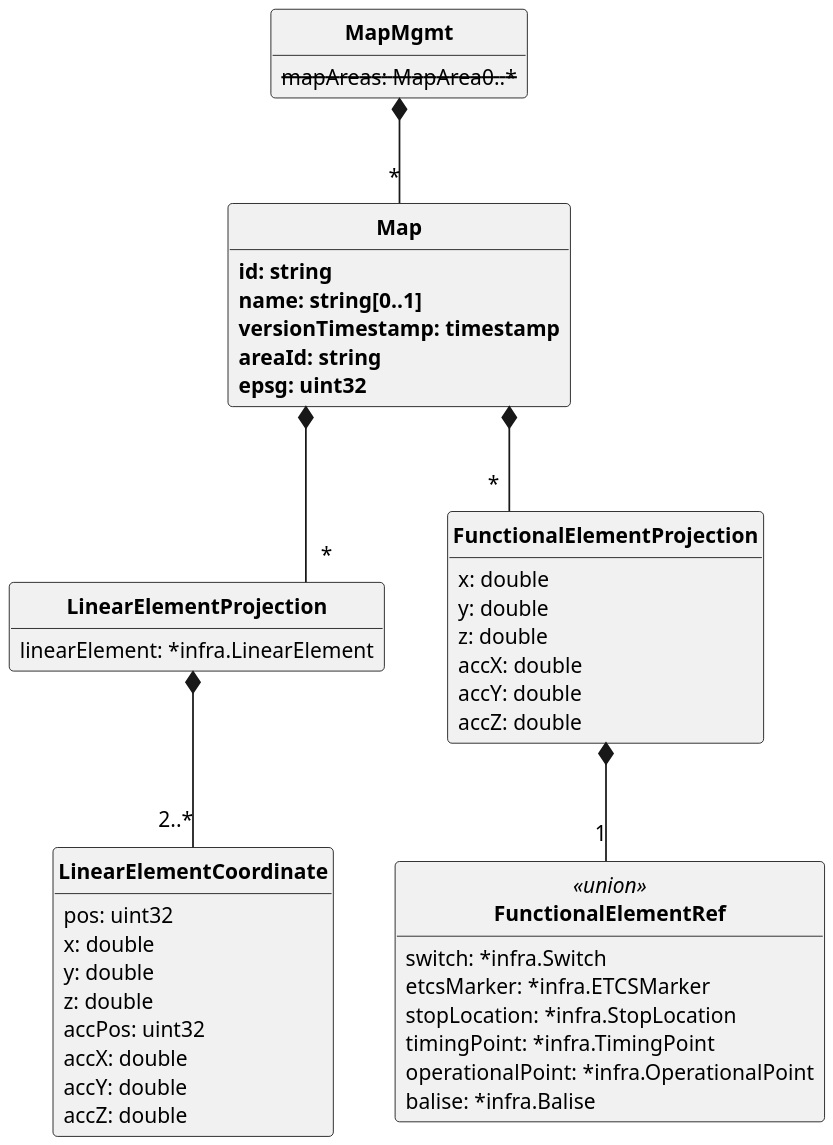
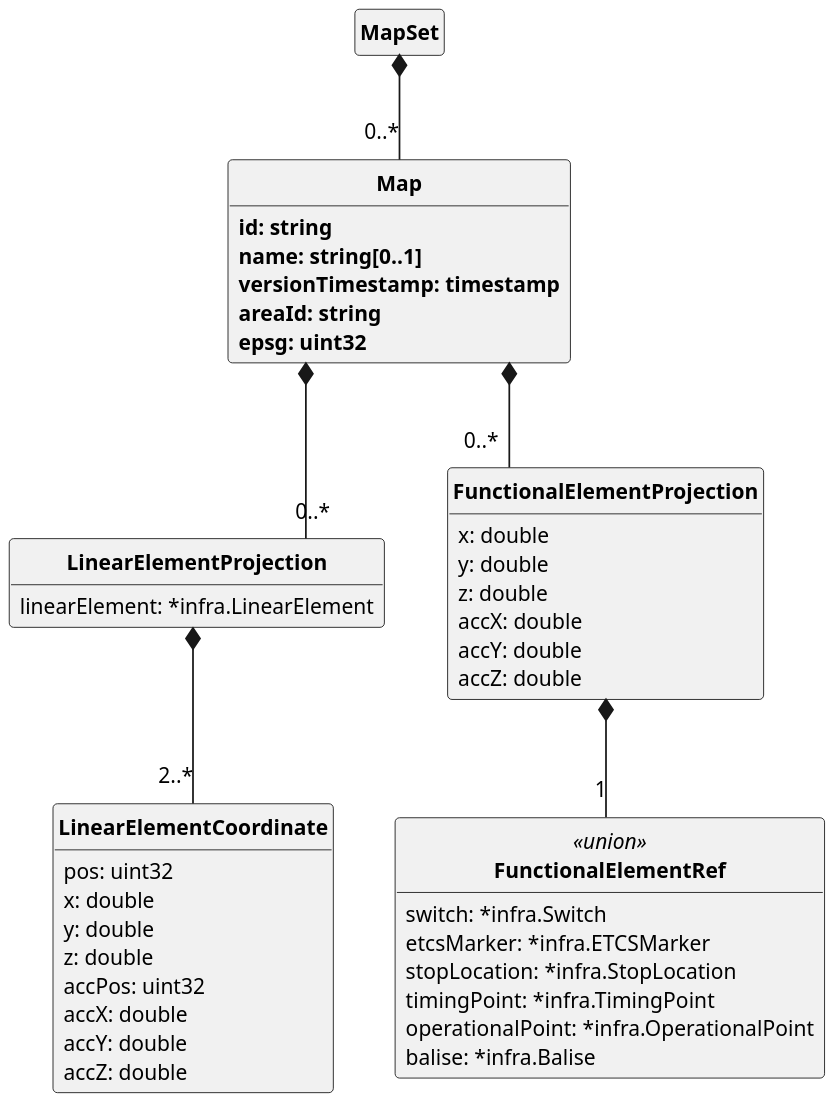
Before and after one commit to StructLab/CCSTMS-Data-Model: the diagram in Resources/plant_uml/map.plantuml, drawn with PlantUML. The commit also changed 357 other files, not shown here.

```diff
--- a/Resources/plant_uml/map.plantuml
+++ b/Resources/plant_uml/map.plantuml
@@ -1,64 +1,63 @@
 @startuml
 skinparam monochrome true
 skinparam shadowing false
 skinparam classAttributeIconSize 0
 skinparam DefaultFontName arial
 skinparam DefaultFontSize 12
 skinparam ClassFontStyle bold
 skinparam linetype ortho
 skinparam dpi 200
 hide empty fields
 hide empty methods
 hide circle
 
 class Map {
  <b>id: string</b>
  <b>name: string[0..1]</b>
  <b>versionTimestamp: timestamp</b>
  <b>areaId: string</b>
  <b>epsg: uint32</b>
 }
 
 class LinearElementProjection {
  linearElement: *infra.LinearElement
 }
 
 class LinearElementCoordinate {
  pos: uint32
  x: double
  y: double
  z: double
  accPos: uint32
  accX: double
  accY: double
  accZ: double
 }
 
 class FunctionalElementProjection {
  x: double
  y: double
  z: double
  accX: double
  accY: double
  accZ: double
 }
 
 class FunctionalElementRef << union >> {
  switch: *infra.Switch
  etcsMarker: *infra.ETCSMarker
  stopLocation: *infra.StopLocation
  timingPoint: *infra.TimingPoint
  operationalPoint: *infra.OperationalPoint
  balise: *infra.Balise
 }
 
-class MapMgmt {
- <s>mapAreas: MapArea0..*</s>
+class MapSet {
 }
 
-Map *-- "*" LinearElementProjection
-Map *-- "*" FunctionalElementProjection
+Map *-- "0..*" LinearElementProjection
+Map *-- "0..*" FunctionalElementProjection
 LinearElementProjection *-- "2..*" LinearElementCoordinate
 FunctionalElementProjection *-- "1" FunctionalElementRef
-MapMgmt *-- "*" Map
+MapSet *-- "0..*" Map
 @enduml
```
